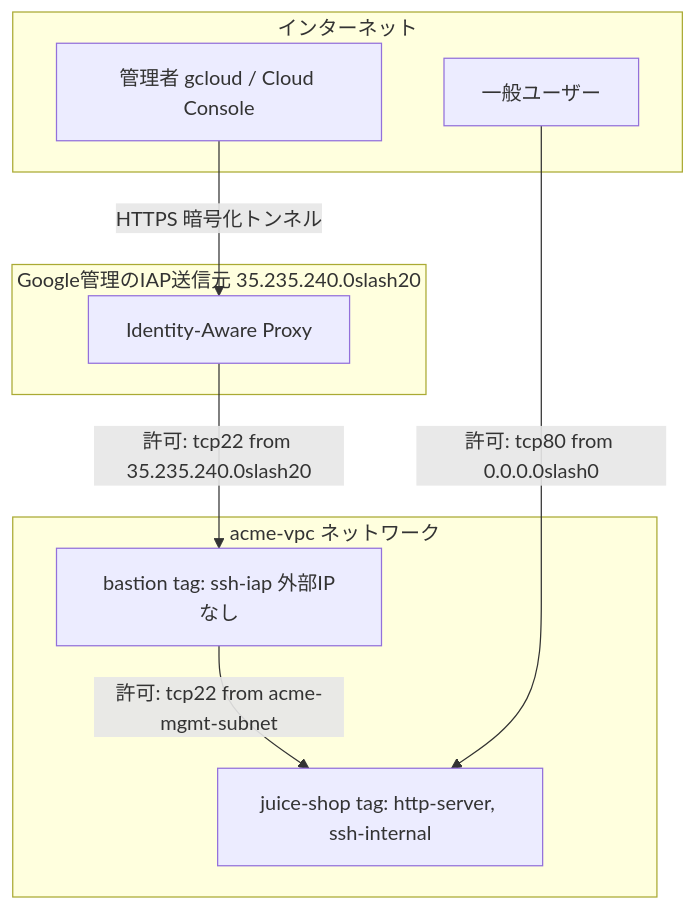
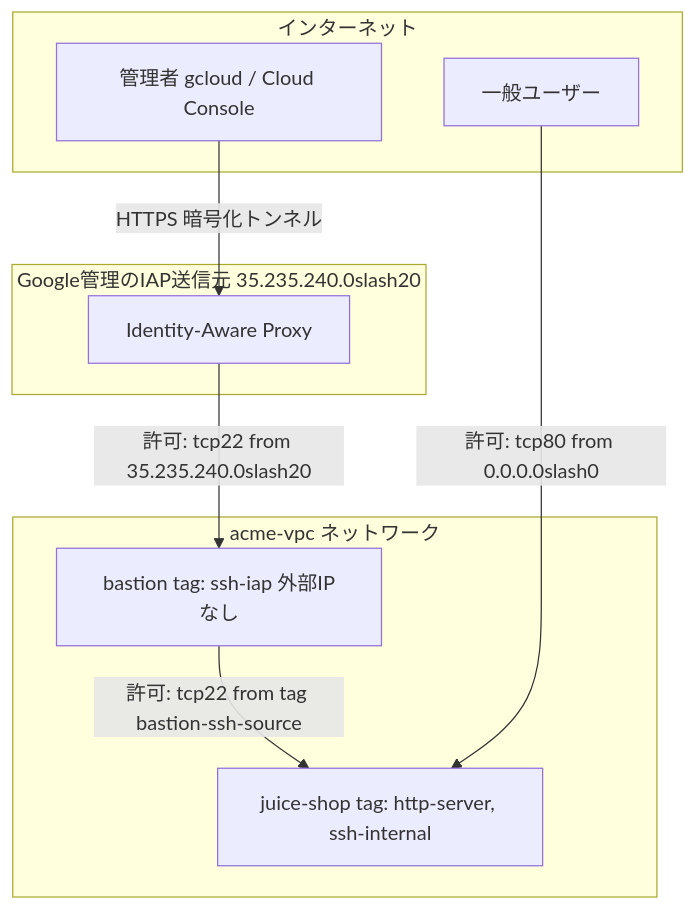
One commit to myoshi2891/Cloud-Infrastructure-Studies changed the second of 4 diagrams in Gcp-bastion-iap-firewall-best-practices.md. Above: the diagram before and after it, drawn with Mermaid. The commit also changed other lines of this file and 1 other file, not shown here.

Commit message:
docs(gcp): tighten bastion firewall guidance

````diff
--- a/Gcp-bastion-iap-firewall-best-practices.md
+++ b/Gcp-bastion-iap-firewall-best-practices.md
@@ -70,21 +71,21 @@
 ```mermaid
 flowchart TD
     subgraph INTERNET["インターネット"]
         Admin["管理者 gcloud / Cloud Console"]
         PublicUser["一般ユーザー"]
     end
 
     subgraph GOOGLEIAP["Google管理のIAP送信元 35.235.240.0slash20"]
         IAP["Identity-Aware Proxy"]
     end
 
     subgraph VPC["acme-vpc ネットワーク"]
         Bastion["bastion tag: ssh-iap 外部IPなし"]
         JuiceShop["juice-shop tag: http-server, ssh-internal"]
     end
 
     Admin -->|"HTTPS 暗号化トンネル"| IAP
     IAP -->|"許可: tcp22 from 35.235.240.0slash20"| Bastion
-    Bastion -->|"許可: tcp22 from acme-mgmt-subnet"| JuiceShop
+    Bastion -->|"許可: tcp22 from tag bastion-ssh-source"| JuiceShop
     PublicUser -->|"許可: tcp80 from 0.0.0.0slash0"| JuiceShop
 ```
````
